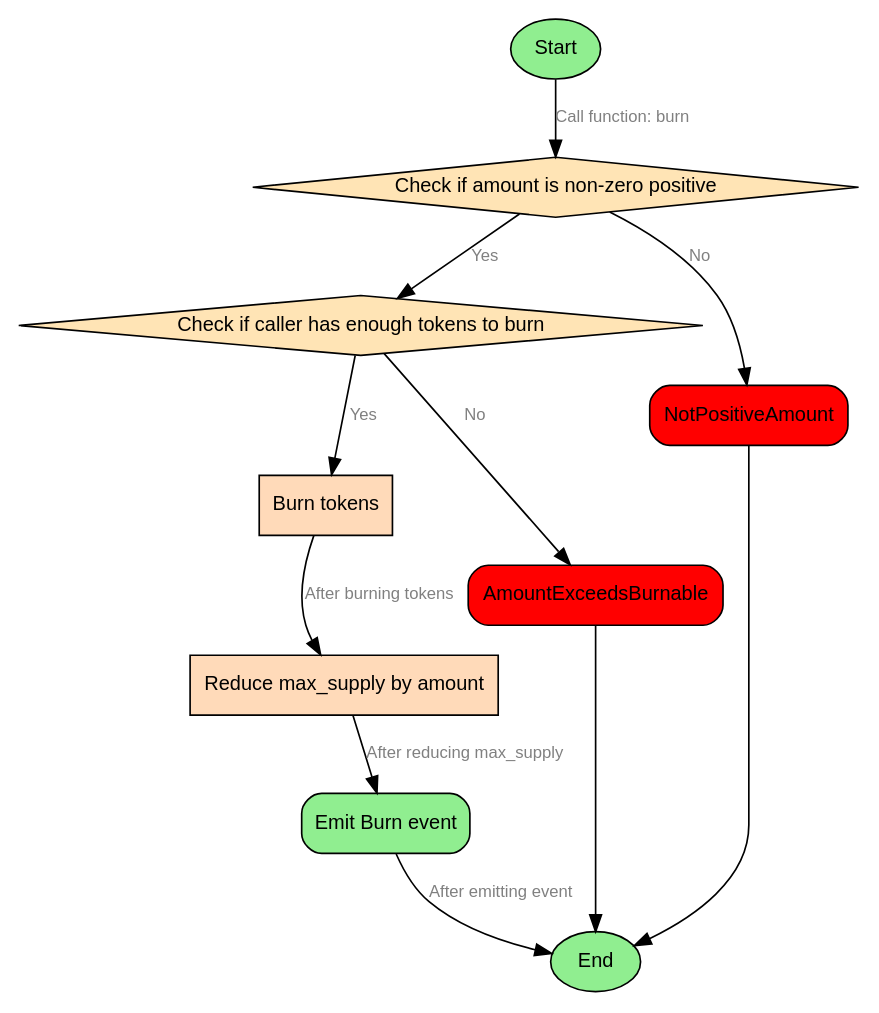
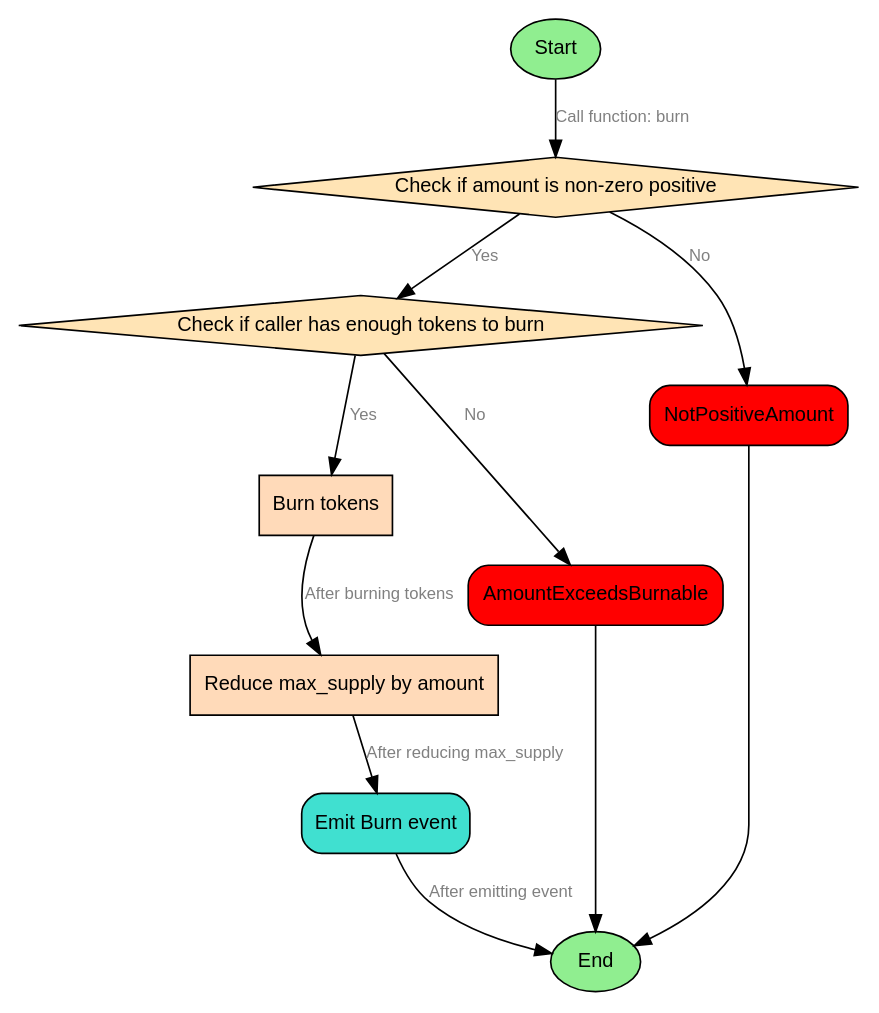
The diagram in doc/burn.dot (0xJournal/contracts-0xJ__GovernanceToken), drawn with Graphviz before and after one commit. The commit also changed 1 other file, not shown here.

```diff
--- a/doc/burn.dot
+++ b/doc/burn.dot
@@ -1,29 +1,29 @@
 digraph {
     node [shape = box; style = "rounded, filled"; fillcolor = "#F5F5F5"; fontname = "Arial"; fontsize = 12;];
     edge [fontname = "Arial"; fontsize = 10;];
     
     start [label = "Start";shape = "ellipse";style = "filled";fillcolor = "#90EE90";];
     
     start -> checkAmount [label = "Call function: burn"; fontsize = 10; fontcolor = "#808080";];
     
     checkAmount [label = "Check if amount is non-zero positive";shape = "diamond";style = "filled";fillcolor = "#FFE4B5";];
     checkBalance [label = "Check if caller has enough tokens to burn";shape = "diamond";style = "filled";fillcolor = "#FFE4B5";];
     burnTokens [label = "Burn tokens";style = "filled";fillcolor = "#FFDAB9";];
     reduceMaxSupply [label = "Reduce max_supply by amount";style = "filled";fillcolor = "#FFDAB9";];
-    emitEvent [label = "Emit Burn event";shape = "box";style = "rounded,filled";fillcolor = "#90EE90";];
+    emitEvent [label = "Emit Burn event";shape = "box";style = "rounded,filled";fillcolor = "turquoise";];
     end [label = "End";shape = "ellipse";style = "filled";fillcolor = "#90EE90";];
     revertNotPositiveAmount [label = "NotPositiveAmount";shape = "box";style = "rounded,filled";fillcolor = "red";];
     revertAmountExceedsBurnable [label = "AmountExceedsBurnable";shape = "box";style = "rounded,filled";fillcolor = "red";];
     
     checkAmount -> checkBalance [label = "Yes"; fontsize = 10; fontcolor = "#808080";];
     checkAmount -> revertNotPositiveAmount [label = "No"; fontsize = 10; fontcolor = "#808080";];
     revertNotPositiveAmount -> end;
     
     checkBalance -> burnTokens [label = "Yes"; fontsize = 10; fontcolor = "#808080";];
     checkBalance -> revertAmountExceedsBurnable [label = "No"; fontsize = 10; fontcolor = "#808080";];
     revertAmountExceedsBurnable -> end;
     
     burnTokens -> reduceMaxSupply [label = "After burning tokens"; fontsize = 10; fontcolor = "#808080";];
     reduceMaxSupply -> emitEvent [label = "After reducing max_supply"; fontsize = 10; fontcolor = "#808080";];
     emitEvent -> end [label = "After emitting event"; fontsize = 10; fontcolor = "#808080";];
 }
```
